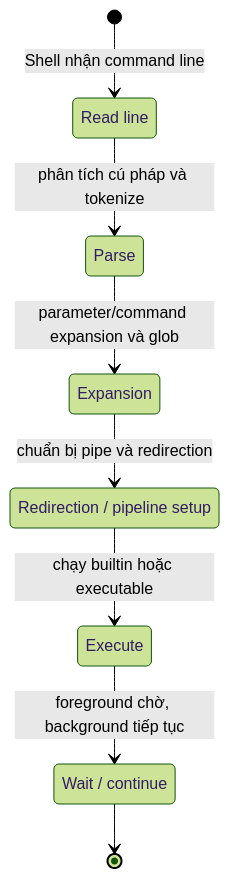
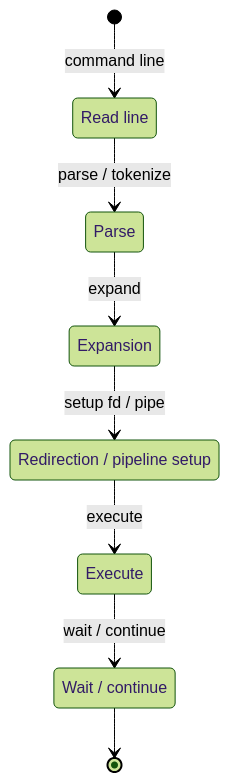
The diagram in phase-01/README-topic-01.md (hai-kevins/embedded-linux), drawn with Mermaid (forest theme) before and after one commit. The commit also changed 6 other files, not shown here.

````diff
--- a/phase-01/README-topic-01.md
+++ b/phase-01/README-topic-01.md
@@ -205,17 +205,17 @@
 ```mermaid
 stateDiagram-v2
     state "Read line" as ReadLine
     state "Parse" as Parse
     state "Expansion" as Expansion
     state "Redirection / pipeline setup" as Redirection
     state "Execute" as Execute
     state "Wait / continue" as WaitContinue
 
-    [*] --> ReadLine: Shell nhận command line
-    ReadLine --> Parse: phân tích cú pháp và tokenize
-    Parse --> Expansion: parameter/command expansion và glob
-    Expansion --> Redirection: chuẩn bị pipe và redirection
-    Redirection --> Execute: chạy builtin hoặc executable
-    Execute --> WaitContinue: foreground chờ, background tiếp tục
+    [*] --> ReadLine: command line
+    ReadLine --> Parse: parse / tokenize
+    Parse --> Expansion: expand
+    Expansion --> Redirection: setup fd / pipe
+    Redirection --> Execute: execute
+    Execute --> WaitContinue: wait / continue
     WaitContinue --> [*]
 ```
````
